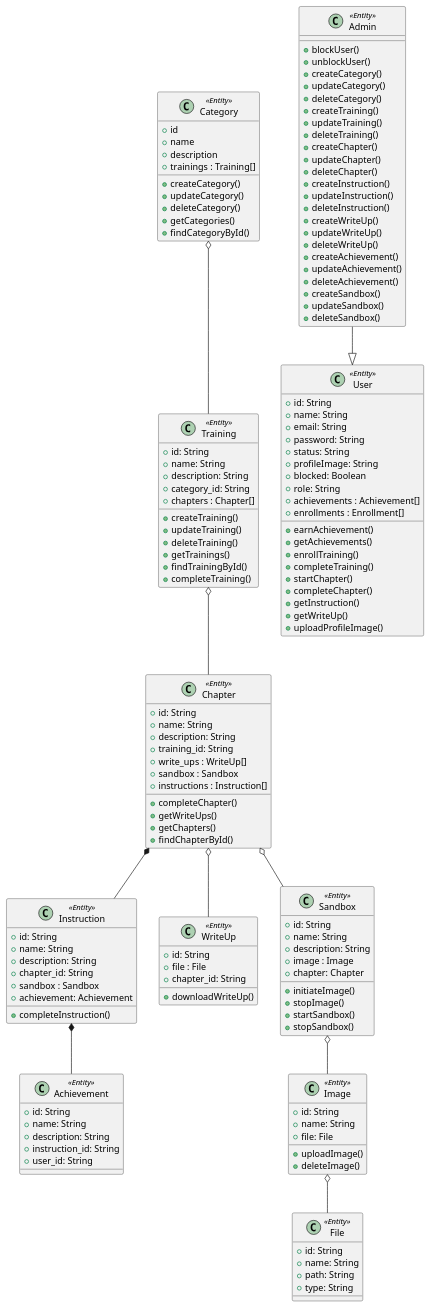
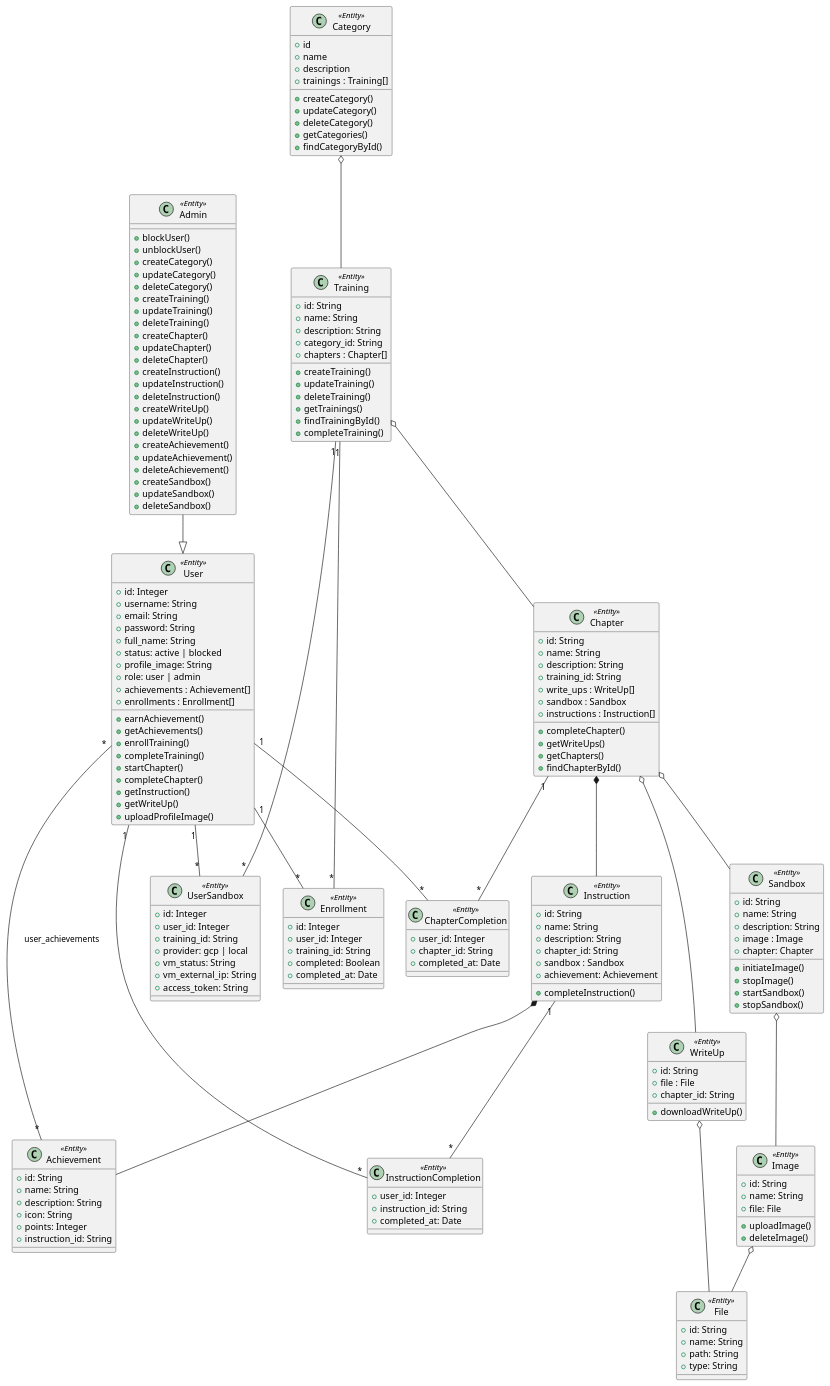
The diagram in backend/umlDiagram.puml (ilhanozkan/velox-academy), drawn with PlantUML before and after one commit. The commit also changed 73 other files, not shown here.

```diff
--- a/backend/umlDiagram.puml
+++ b/backend/umlDiagram.puml
@@ -8,157 +8,199 @@
 @startuml Velox
 
 class Category << Entity >> {
   + id
   + name
   + description
   + trainings : Training[]
   + createCategory()
   + updateCategory()
   + deleteCategory()
   + getCategories()
   + findCategoryById()
 }
 
 class Training << Entity >> {
   + id: String
   + name: String
   + description: String
   + category_id: String
   + chapters : Chapter[]
   + createTraining()
   + updateTraining()
   + deleteTraining()
   + getTrainings()
   + findTrainingById()
   + completeTraining()
 }
 
 class Chapter << Entity >> {
   + id: String
   + name: String
   + description: String
   + training_id: String
   + write_ups : WriteUp[]
   + sandbox : Sandbox
   + instructions : Instruction[]
   + completeChapter()
   + getWriteUps()
   + getChapters()
   + findChapterById()
 }
 
 class Instruction << Entity >> {
   + id: String
   + name: String
   + description: String
   + chapter_id: String
   + sandbox : Sandbox
   + achievement: Achievement
   + completeInstruction()
 }
 
 class WriteUp << Entity >> {
   + id: String
   + file : File
   + chapter_id: String
   + downloadWriteUp()
 }
 
 class Achievement << Entity >> {
   + id: String
   + name: String
   + description: String
+  + icon: String
+  + points: Integer
   + instruction_id: String
-  + user_id: String
+}
+
+class Enrollment << Entity >> {
+  + id: Integer
+  + user_id: Integer
+  + training_id: String
+  + completed: Boolean
+  + completed_at: Date
+}
+
+class UserSandbox << Entity >> {
+  + id: Integer
+  + user_id: Integer
+  + training_id: String
+  + provider: gcp | local
+  + vm_status: String
+  + vm_external_ip: String
+  + access_token: String
+}
+
+class InstructionCompletion << Entity >> {
+  + user_id: Integer
+  + instruction_id: String
+  + completed_at: Date
+}
+
+class ChapterCompletion << Entity >> {
+  + user_id: Integer
+  + chapter_id: String
+  + completed_at: Date
 }
 
 class Sandbox << Entity >> {
   + id: String
   + name: String
   + description: String
   + image : Image
   + chapter: Chapter
   + initiateImage()
   + stopImage()
   + startSandbox()
   + stopSandbox()
 }
 
 class Image << Entity >> {
   + id: String
   + name: String
   + file: File
   + uploadImage()
   + deleteImage()
 }
 
 class File << Entity >> {
   + id: String
   + name: String
   + path: String
   + type: String
 }
 
 class User << Entity >> {
-  + id: String
-  + name: String
+  + id: Integer
+  + username: String
   + email: String
   + password: String
-  + status: String
-  + profileImage: String
-  + blocked: Boolean
-  + role: String
+  + full_name: String
+  + status: active | blocked
+  + profile_image: String
+  + role: user | admin
   + achievements : Achievement[]
   + enrollments : Enrollment[]
   + earnAchievement()
   + getAchievements()
   + enrollTraining()
   + completeTraining()
   + startChapter()
   + completeChapter()
   + getInstruction()
   + getWriteUp()
   + uploadProfileImage()
 }
 
 class Admin << Entity >> {
   + blockUser()
   + unblockUser()
   + createCategory()
   + updateCategory()
   + deleteCategory()
   + createTraining()
   + updateTraining()
   + deleteTraining()
   + createChapter()
   + updateChapter()
   + deleteChapter()
   + createInstruction()
   + updateInstruction()
   + deleteInstruction()
   + createWriteUp()
   + updateWriteUp()
   + deleteWriteUp()
   + createAchievement()
   + updateAchievement()
   + deleteAchievement()
   + createSandbox()
   + updateSandbox()
   + deleteSandbox()
 }
 
 Category o-- Training
 Training o-- Chapter
 
 Chapter o-- WriteUp
 Chapter o-- Sandbox
 Chapter *-- Instruction
 
 Admin --|> User
 
 Instruction *-- Achievement
 
 Sandbox o-- Image
 Image o-- File
+WriteUp o-- File
+
+User "1" -- "*" Enrollment
+Training "1" -- "*" Enrollment
+User "1" -- "*" UserSandbox
+Training "1" -- "*" UserSandbox
+User "*" -- "*" Achievement : user_achievements
+User "1" -- "*" InstructionCompletion
+Instruction "1" -- "*" InstructionCompletion
+User "1" -- "*" ChapterCompletion
+Chapter "1" -- "*" ChapterCompletion
 
 @enduml
```
